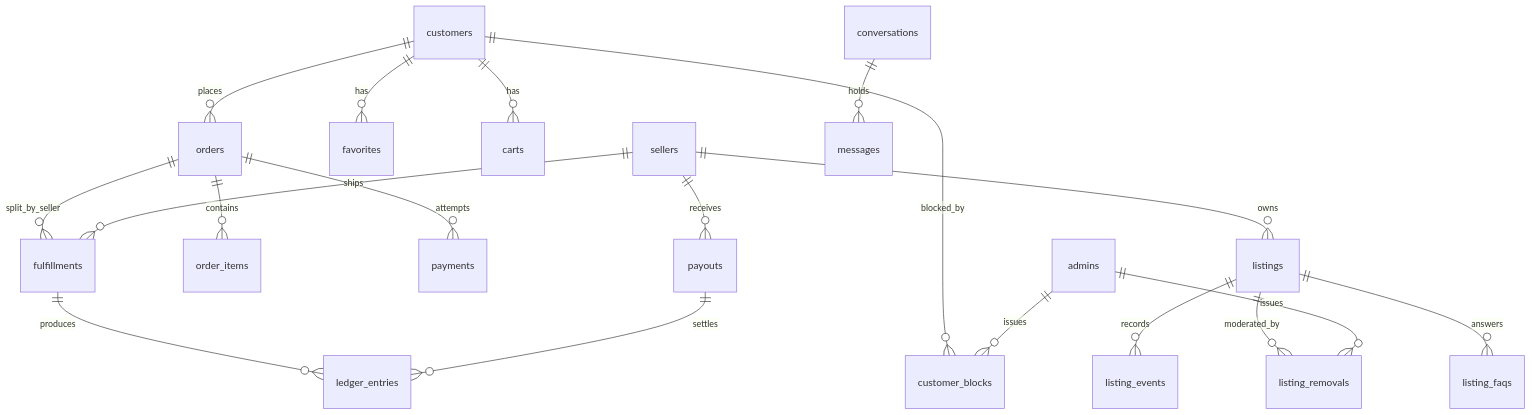
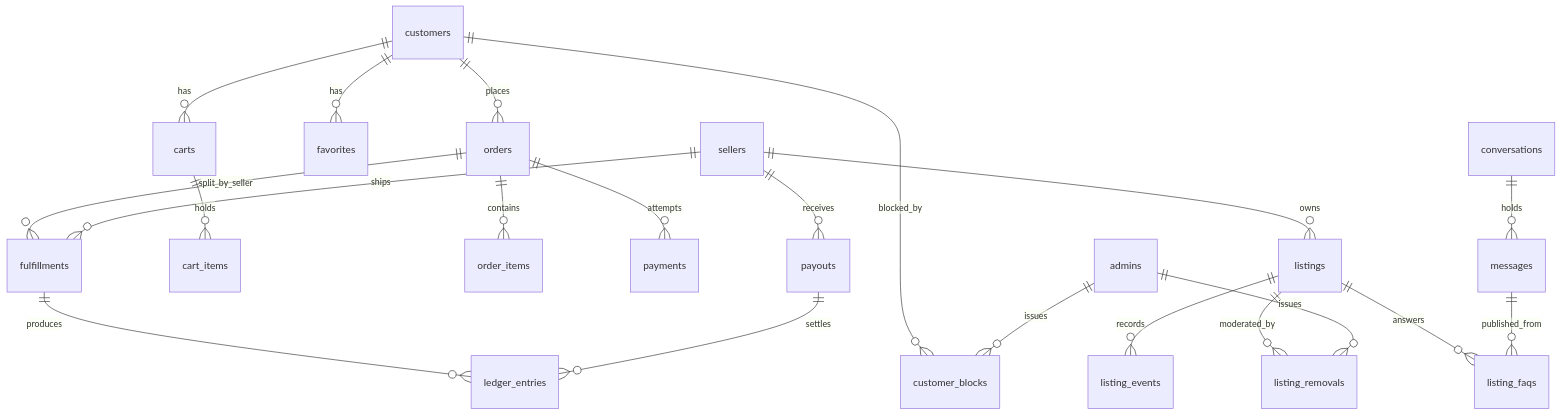
One commit to jonathan-beebe/art-store changed the third of 4 diagrams in prototype/node/docs/architecture.md. Above: the diagram before and after it, drawn with Mermaid. The commit also changed other lines of this file and 12 other files, not shown here.

First line of the commit message:
docs(node): FEAT-009 correct architecture.md against the code and add the feature, data-model and ontology docs

````diff
--- a/prototype/node/docs/architecture.md
+++ b/prototype/node/docs/architecture.md
@@ -127,21 +186,23 @@
 ```mermaid
 erDiagram
     sellers ||--o{ listings : owns
     customers ||--o{ favorites : has
     customers ||--o{ carts : has
     customers ||--o{ orders : places
+    carts ||--o{ cart_items : holds
     listings ||--o{ listing_events : records
     listings ||--o{ listing_removals : moderated_by
     listings ||--o{ listing_faqs : answers
     orders ||--o{ order_items : contains
     orders ||--o{ payments : attempts
     orders ||--o{ fulfillments : split_by_seller
     sellers ||--o{ fulfillments : ships
     fulfillments ||--o{ ledger_entries : produces
     sellers ||--o{ payouts : receives
     payouts ||--o{ ledger_entries : settles
     customers ||--o{ customer_blocks : blocked_by
     admins ||--o{ listing_removals : issues
     admins ||--o{ customer_blocks : issues
     conversations ||--o{ messages : holds
+    messages ||--o{ listing_faqs : published_from
 ```
````
